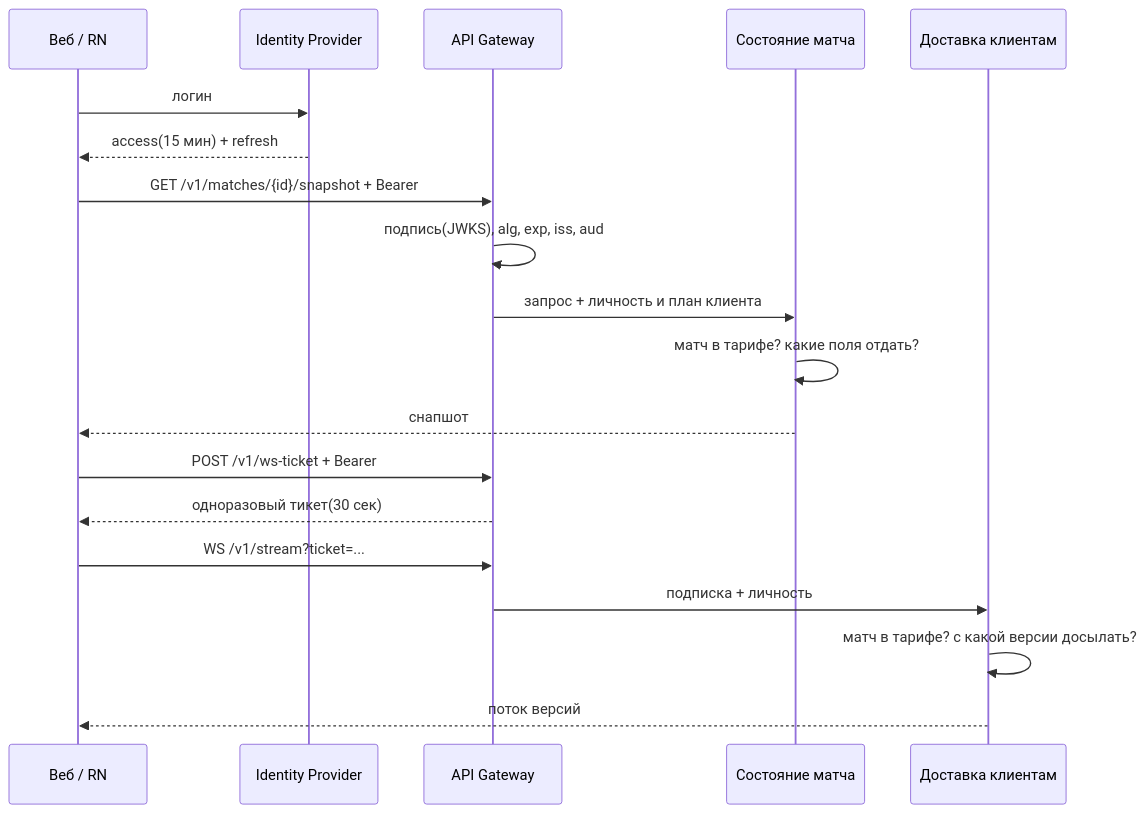
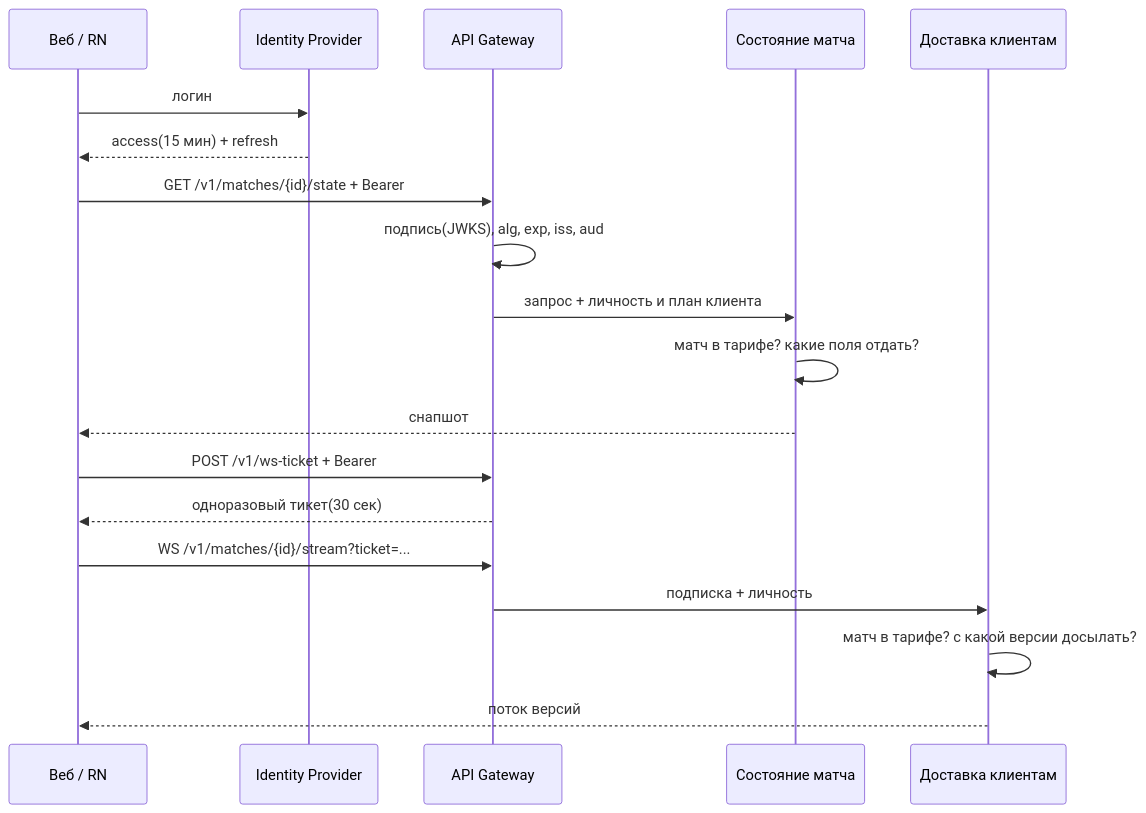
The diagram in docs/20-auth-model.md (a-polunin/realtime-dashboard-otus), drawn with Mermaid before and after one commit. The commit also changed other lines of this file and 2 other files, not shown here.

````diff
--- a/docs/20-auth-model.md
+++ b/docs/20-auth-model.md
@@ -27,22 +27,22 @@
 ```mermaid
 sequenceDiagram
     participant C as Веб / RN
     participant P as Identity Provider
     participant G as API Gateway
     participant S as Состояние матча
     participant D as Доставка клиентам
 
     C->>P: логин
     P-->>C: access(15 мин) + refresh
-    C->>G: GET /v1/matches/{id}/snapshot + Bearer
+    C->>G: GET /v1/matches/{id}/state + Bearer
     G->>G: подпись(JWKS), alg, exp, iss, aud
     G->>S: запрос + личность и план клиента
     S->>S: матч в тарифе? какие поля отдать?
     S-->>C: снапшот
     C->>G: POST /v1/ws-ticket + Bearer
     G-->>C: одноразовый тикет(30 сек)
-    C->>G: WS /v1/stream?ticket=...
+    C->>G: WS /v1/matches/{id}/stream?ticket=...
     G->>D: подписка + личность
     D->>D: матч в тарифе? с какой версии досылать?
     D-->>C: поток версий
 ```
````
